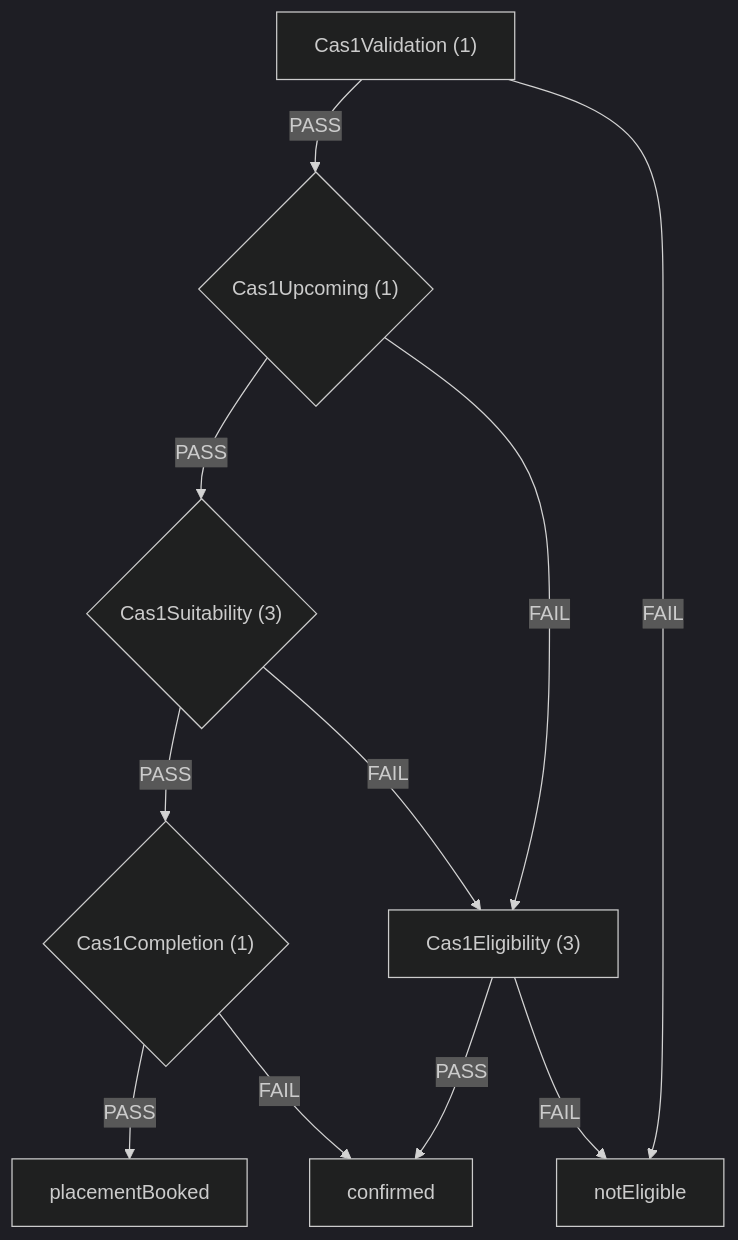
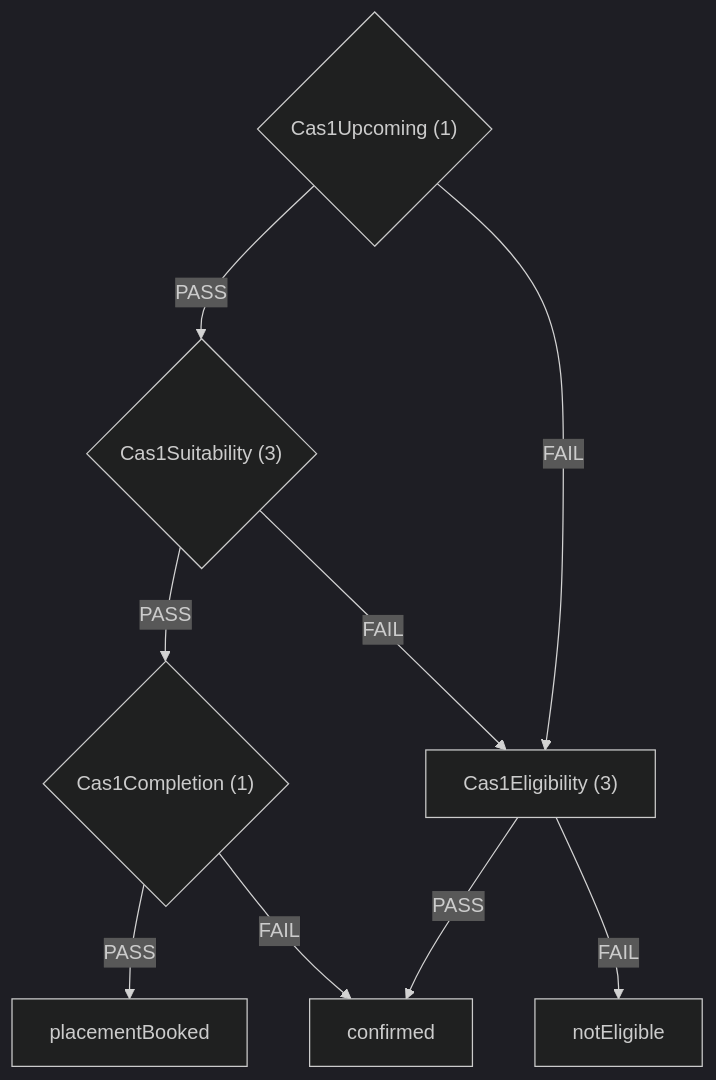
The first of 6 diagrams in docs/eligibility-rules-graph.md (ministryofjustice/hmpps-single-accommodation-service-api), drawn with Mermaid (dark theme) before and after one commit. The commit also changed other lines of this file and 9 other files, not shown here.

Commit message:
chore/SAS-1331-Remove-Cas1SexValidationRule

````diff
--- a/docs/eligibility-rules-graph.md
+++ b/docs/eligibility-rules-graph.md
@@ -9,21 +9,18 @@
 ```mermaid
 flowchart TD
-  Cas1Validation["Cas1Validation (1)"]
   Cas1Upcoming{"Cas1Upcoming (1)"}
   Cas1Suitability{"Cas1Suitability (3)"}
   Cas1Completion{"Cas1Completion (1)"}
   placementBooked["placementBooked"]
   confirmed["confirmed"]
   Cas1Eligibility["Cas1Eligibility (3)"]
   notEligible["notEligible"]
   Cas1Completion -->|PASS| placementBooked
   Cas1Completion -->|FAIL| confirmed
   Cas1Eligibility -->|PASS| confirmed
   Cas1Eligibility -->|FAIL| notEligible
   Cas1Suitability -->|PASS| Cas1Completion
   Cas1Suitability -->|FAIL| Cas1Eligibility
   Cas1Upcoming -->|PASS| Cas1Suitability
   Cas1Upcoming -->|FAIL| Cas1Eligibility
-  Cas1Validation -->|PASS| Cas1Upcoming
-  Cas1Validation -->|FAIL| notEligible
 ```
````
